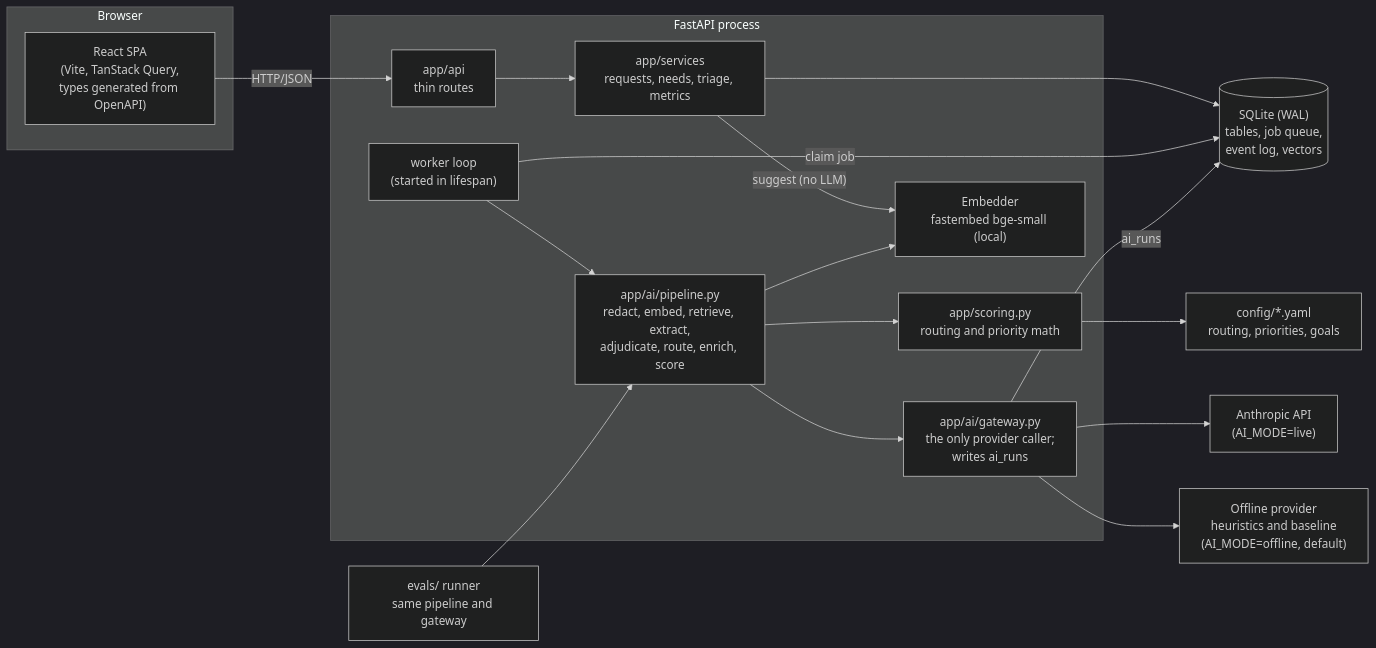
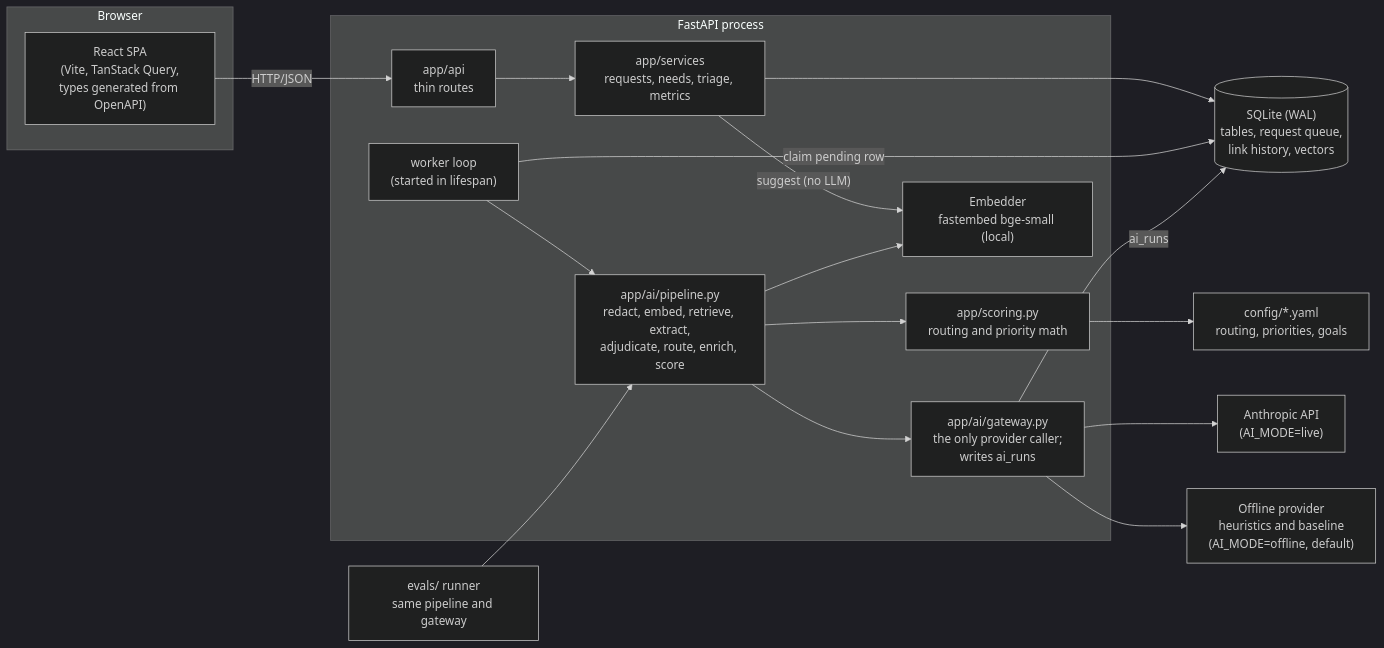
The first of 3 diagrams in docs/architecture.md (ROBERTG99/MetaCTO-Assignment), drawn with Mermaid (dark theme) before and after one commit. The commit also changed other lines of this file and 42 other files, not shown here.

````diff
--- a/docs/architecture.md
+++ b/docs/architecture.md
@@ -7,33 +7,33 @@
 ```mermaid
 flowchart LR
   subgraph Browser
     SPA["React SPA<br/>(Vite, TanStack Query,<br/>types generated from OpenAPI)"]
   end
   subgraph API["FastAPI process"]
     Routes["app/api<br/>thin routes"]
     Services["app/services<br/>requests, needs, triage, metrics"]
     Worker["worker loop<br/>(started in lifespan)"]
     Pipeline["app/ai/pipeline.py<br/>redact, embed, retrieve, extract,<br/>adjudicate, route, enrich, score"]
     Scoring["app/scoring.py<br/>routing and priority math"]
     Gateway["app/ai/gateway.py<br/>the only provider caller;<br/>writes ai_runs"]
     Embedder["Embedder<br/>fastembed bge-small (local)"]
   end
-  DB[("SQLite (WAL)<br/>tables, job queue,<br/>event log, vectors")]
+  DB[("SQLite (WAL)<br/>tables, request queue,<br/>link history, vectors")]
   Config["config/*.yaml<br/>routing, priorities, goals"]
   Anthropic["Anthropic API<br/>(AI_MODE=live)"]
   Offline["Offline provider<br/>heuristics and baseline<br/>(AI_MODE=offline, default)"]
   Evals["evals/ runner<br/>same pipeline and gateway"]
 
   SPA -->|HTTP/JSON| Routes --> Services --> DB
   Services -->|"suggest (no LLM)"| Embedder
-  Worker -->|claim job| DB
+  Worker -->|claim pending row| DB
   Worker --> Pipeline
   Pipeline --> Embedder
   Pipeline --> Scoring
   Pipeline --> Gateway
   Scoring --> Config
   Gateway --> Anthropic
   Gateway --> Offline
   Gateway -->|ai_runs| DB
   Evals --> Pipeline
 ```
````
